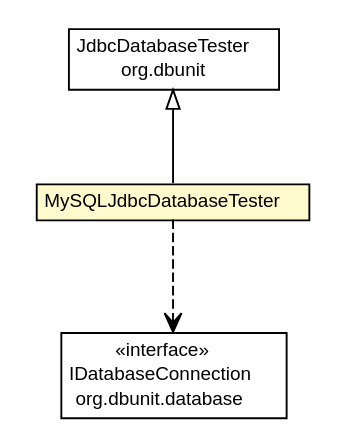
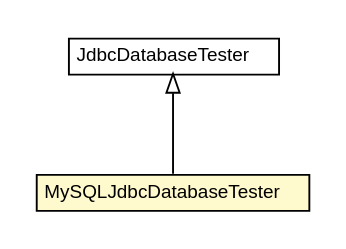
One commit to dayatang/dddlib changed the diagram in dddlib-db/apidocs/org/dayatang/dbunit/MySQLJdbcDatabaseTester.dot. Above: the diagram before and after it, drawn with Graphviz. The commit also changed 263 other files, not shown here.

```diff
--- a/dddlib-db/apidocs/org/dayatang/dbunit/MySQLJdbcDatabaseTester.dot
+++ b/dddlib-db/apidocs/org/dayatang/dbunit/MySQLJdbcDatabaseTester.dot
@@ -1,37 +1,26 @@
 #!/usr/local/bin/dot
 #
 # Class diagram 
 # Generated by UMLGraph version R5_6_6-8-g8d7759 (http://www.umlgraph.org/)
 #
 
 digraph G {
 	edge [fontname="Helvetica",fontsize=10,labelfontname="Helvetica",labelfontsize=10];
 	node [fontname="Helvetica",fontsize=10,shape=plaintext];
 	nodesep=0.25;
 	ranksep=0.5;
 	// org.dayatang.dbunit.MySQLJdbcDatabaseTester
-	c626 [label=<<table title="org.dayatang.dbunit.MySQLJdbcDatabaseTester" border="0" cellborder="1" cellspacing="0" cellpadding="2" port="p" bgcolor="lemonChiffon" href="./MySQLJdbcDatabaseTester.html">
+	c588 [label=<<table title="org.dayatang.dbunit.MySQLJdbcDatabaseTester" border="0" cellborder="1" cellspacing="0" cellpadding="2" port="p" bgcolor="lemonChiffon" href="./MySQLJdbcDatabaseTester.html">
 		<tr><td><table border="0" cellspacing="0" cellpadding="1">
 <tr><td align="center" balign="center"> MySQLJdbcDatabaseTester </td></tr>
 		</table></td></tr>
 		</table>>, URL="./MySQLJdbcDatabaseTester.html", fontname="Helvetica", fontcolor="black", fontsize=10.0];
 	//org.dayatang.dbunit.MySQLJdbcDatabaseTester extends org.dbunit.JdbcDatabaseTester
-	c637:p -> c626:p [dir=back,arrowtail=empty];
-	// org.dayatang.dbunit.MySQLJdbcDatabaseTester DEPEND org.dbunit.database.IDatabaseConnection
-	c626:p -> c638:p [taillabel="", label=" "headlabel="", fontname="Helvetica", fontcolor="black", fontsize=10.0, color="black", arrowhead=open, style=dashed];
-	// org.dbunit.database.IDatabaseConnection
-	c638 [label=<<table title="org.dbunit.database.IDatabaseConnection" border="0" cellborder="1" cellspacing="0" cellpadding="2" port="p" href="http://java.sun.com/j2se/1.4.2/docs/api/org/dbunit/database/IDatabaseConnection.html">
-		<tr><td><table border="0" cellspacing="0" cellpadding="1">
-<tr><td align="center" balign="center"> &#171;interface&#187; </td></tr>
-<tr><td align="center" balign="center"> IDatabaseConnection </td></tr>
-<tr><td align="center" balign="center"> org.dbunit.database </td></tr>
-		</table></td></tr>
-		</table>>, URL="http://java.sun.com/j2se/1.4.2/docs/api/org/dbunit/database/IDatabaseConnection.html", fontname="Helvetica", fontcolor="black", fontsize=10.0];
+	c599:p -> c588:p [dir=back,arrowtail=empty];
 	// org.dbunit.JdbcDatabaseTester
-	c637 [label=<<table title="org.dbunit.JdbcDatabaseTester" border="0" cellborder="1" cellspacing="0" cellpadding="2" port="p" href="http://java.sun.com/j2se/1.4.2/docs/api/org/dbunit/JdbcDatabaseTester.html">
+	c599 [label=<<table title="org.dbunit.JdbcDatabaseTester" border="0" cellborder="1" cellspacing="0" cellpadding="2" port="p">
 		<tr><td><table border="0" cellspacing="0" cellpadding="1">
 <tr><td align="center" balign="center"> JdbcDatabaseTester </td></tr>
-<tr><td align="center" balign="center"> org.dbunit </td></tr>
 		</table></td></tr>
-		</table>>, URL="http://java.sun.com/j2se/1.4.2/docs/api/org/dbunit/JdbcDatabaseTester.html", fontname="Helvetica", fontcolor="black", fontsize=10.0];
+		</table>>, URL="null", fontname="Helvetica", fontcolor="black", fontsize=10.0];
 }
```
